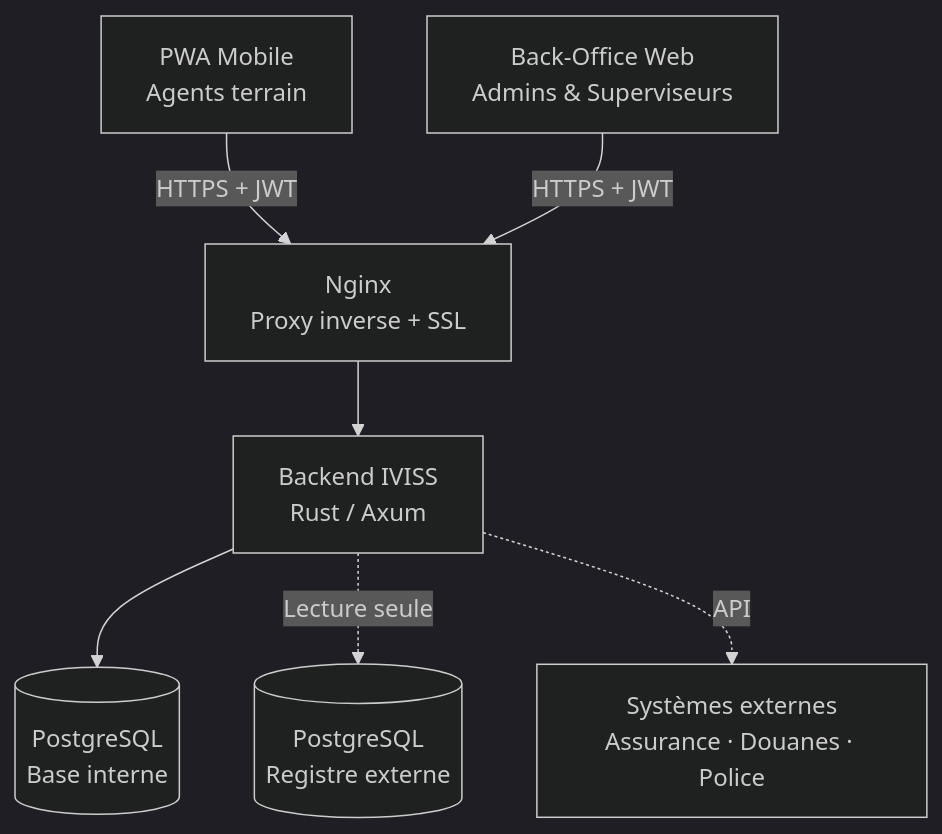
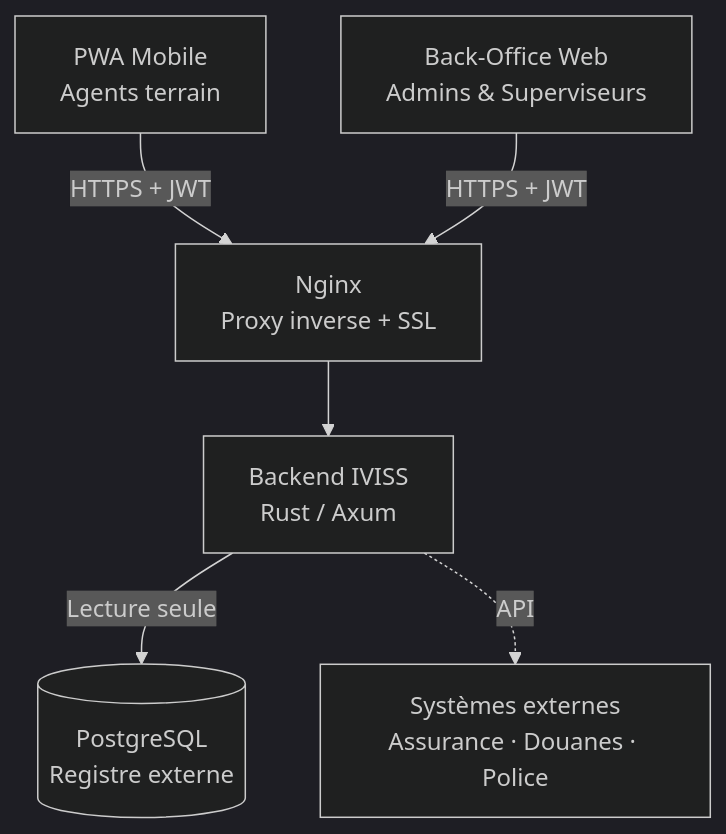
The diagram in docs/iviss_deployment_guide_fr.md (skyengpro/iviss), drawn with Mermaid (dark theme) before and after one commit. The commit also changed other lines of this file and 1 other file, not shown here.

Commit message:
fix: Internal PostgreSQL removed from both the component table and the architecture diagram

````diff
--- a/docs/iviss_deployment_guide_fr.md
+++ b/docs/iviss_deployment_guide_fr.md
@@ -61,9 +61,8 @@
 ```mermaid
 graph TD
     A[PWA Mobile\nAgents terrain] -->|HTTPS + JWT| C[Nginx\nProxy inverse + SSL]
     B[Back-Office Web\nAdmins & Superviseurs] -->|HTTPS + JWT| C
     C --> D[Backend IVISS\nRust / Axum]
-    D --> E[(PostgreSQL\nBase interne)]
-    D -.->|Lecture seule| F[(PostgreSQL\nRegistre externe)]
+    D -->|Lecture seule| F[(PostgreSQL\nRegistre externe)]
     D -.->|API| G[Systèmes externes\nAssurance · Douanes · Police]
 ```
````
